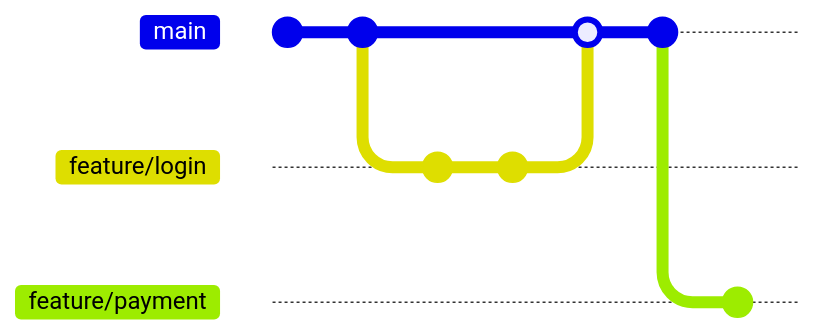
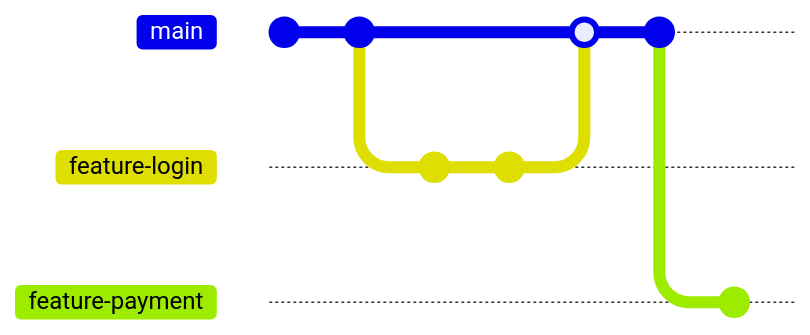
The first of 3 diagrams in code_guidelines.md (gemraj29/codeguidelines), drawn with Mermaid before and after one commit. The commit also changed other lines of this file, not shown here. Commit ids are hidden.

Commit message:
Fix mermaid diagram syntax for GitHub rendering

````diff
--- a/code_guidelines.md
+++ b/code_guidelines.md
@@ -60,15 +60,15 @@
 ```mermaid
 gitGraph
-    commit
-    commit
-    branch "feature/login"
-    checkout "feature/login"
-    commit
-    commit
-    checkout main
-    merge "feature/login"
-    commit
-    branch "feature/payment"
-    checkout "feature/payment"
-    commit
+commit
+commit
+branch feature-login
+checkout feature-login
+commit
+commit
+checkout main
+merge feature-login
+commit
+branch feature-payment
+checkout feature-payment
+commit
 ```
````
